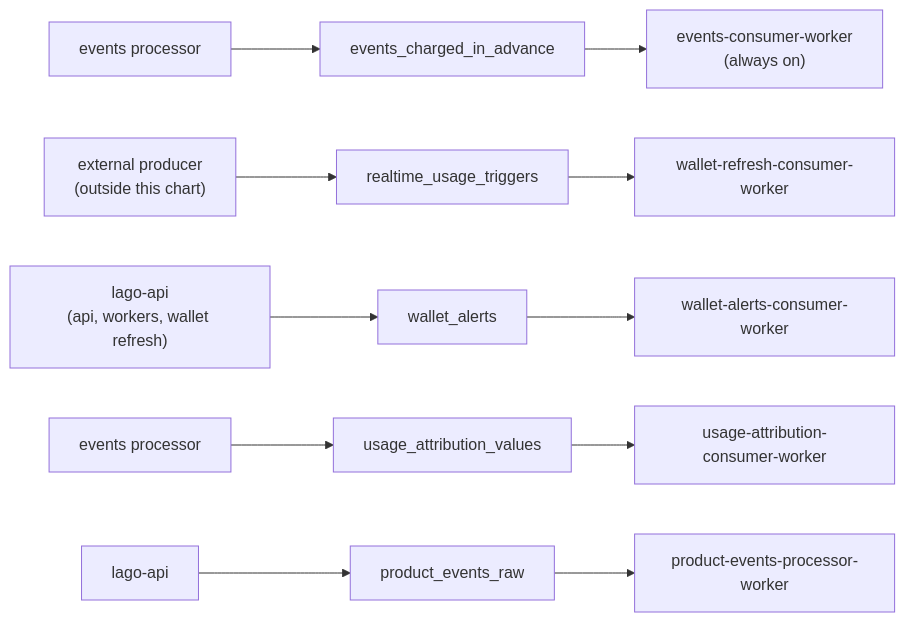
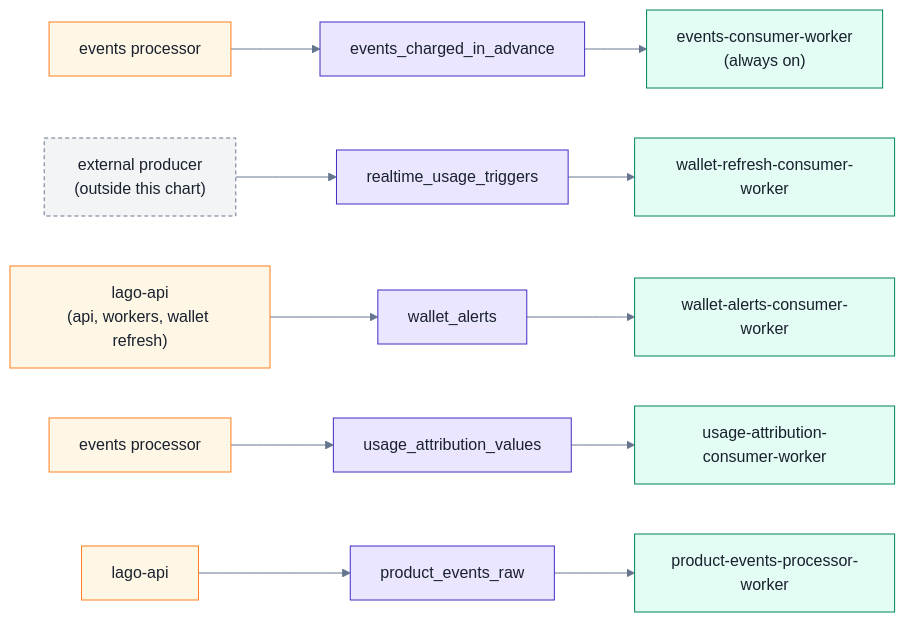
Before and after one commit to getlago/lago-helm-charts: the second of 2 diagrams in charts/lago/docs/streaming-consumers.md, drawn with Mermaid. The commit also changed other lines of this file, not shown here.

First line of the commit message:
docs(lago): color the streaming consumer diagrams with the Lago palette

````diff
--- a/charts/lago/docs/streaming-consumers.md
+++ b/charts/lago/docs/streaming-consumers.md
@@ -40,8 +50,16 @@
 ```mermaid
+%%{init: {'theme': 'base', 'themeVariables': {'lineColor': '#66758F', 'primaryTextColor': '#19212E'}}}%%
 flowchart LR
-    P1["events processor"] --> T1["events_charged_in_advance"] --> W1["events-consumer-worker<br/>(always on)"]
-    P2["external producer<br/>(outside this chart)"] --> T2["realtime_usage_triggers"] --> W2["wallet-refresh-consumer-worker"]
-    P3["lago-api<br/>(api, workers, wallet refresh)"] --> T3["wallet_alerts"] --> W3["wallet-alerts-consumer-worker"]
-    P4["events processor"] --> T4["usage_attribution_values"] --> W4["usage-attribution-consumer-worker"]
-    P5["lago-api"] --> T5["product_events_raw"] --> W5["product-events-processor-worker"]
+    P1["events processor"]:::producer --> T1["events_charged_in_advance"]:::topic --> W1["events-consumer-worker<br/>(always on)"]:::worker
+    P2["external producer<br/>(outside this chart)"]:::external --> T2["realtime_usage_triggers"]:::topic --> W2["wallet-refresh-consumer-worker"]:::worker
+    P3["lago-api<br/>(api, workers, wallet refresh)"]:::producer --> T3["wallet_alerts"]:::topic --> W3["wallet-alerts-consumer-worker"]:::worker
+    P4["events processor"]:::producer --> T4["usage_attribution_values"]:::topic --> W4["usage-attribution-consumer-worker"]:::worker
+    P5["lago-api"]:::producer --> T5["product_events_raw"]:::topic --> W5["product-events-processor-worker"]:::worker
+    classDef switch fill:#DEECFF,stroke:#006CFA,stroke-width:2px,color:#19212E
+    classDef producer fill:#FFF7E6,stroke:#FF7E1D,color:#19212E
+    classDef topic fill:#EAE6FF,stroke:#422CC1,color:#19212E
+    classDef worker fill:#E3FCF4,stroke:#008559,color:#19212E
+    classDef check fill:#FFEBE6,stroke:#DC3309,color:#19212E
+    classDef neutral fill:#F3F4F6,stroke:#66758F,color:#19212E
+    classDef external fill:#F3F4F6,stroke:#66758F,stroke-dasharray:4 3,color:#19212E
 ```
````
